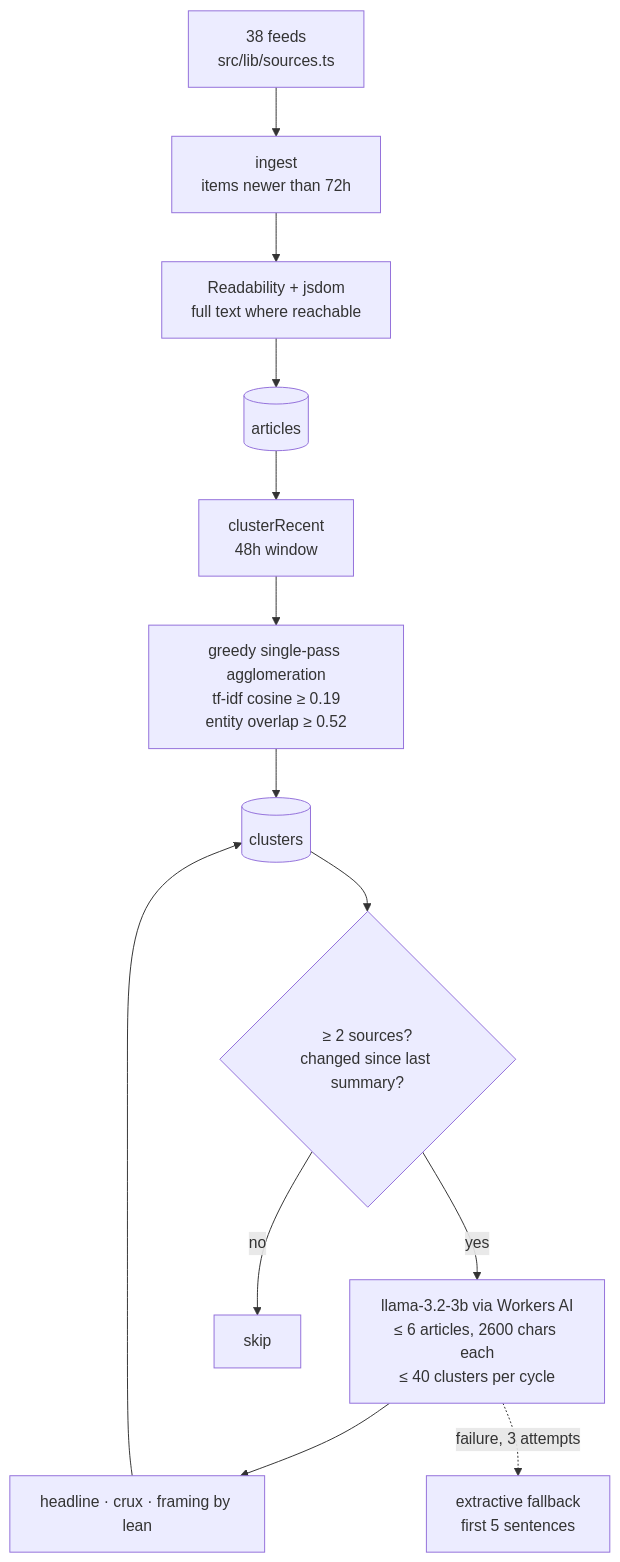
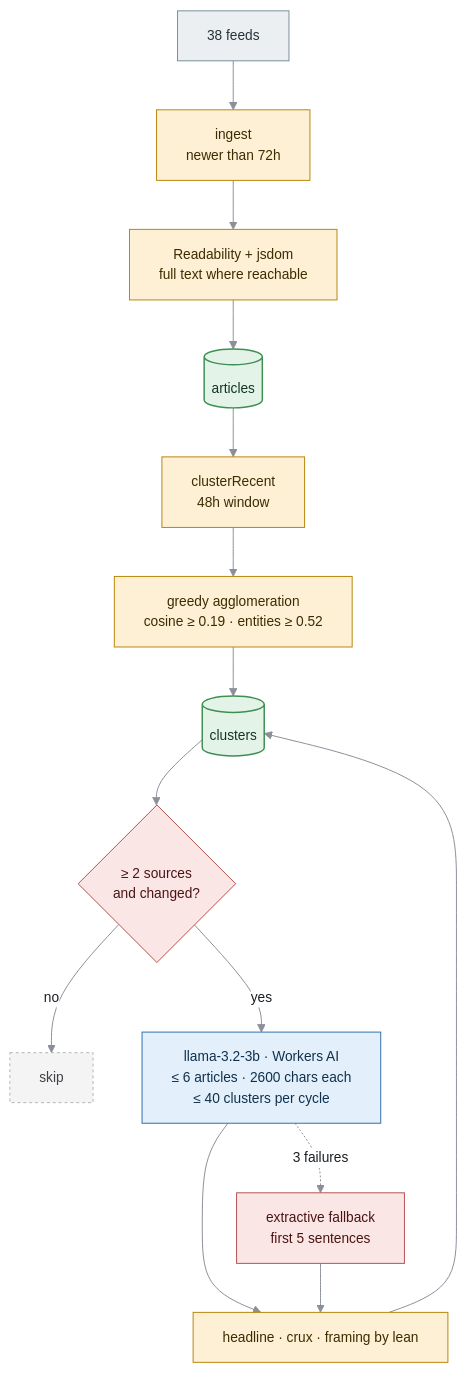
One commit to nvkudva/Smart-News changed the third of 5 diagrams in ARCHITECTURE.md. Above: the diagram before and after it, drawn with Mermaid. The commit also changed other lines of this file, not shown here.

First line of the commit message:
Give the diagrams a palette that survives both GitHub themes

````diff
--- a/ARCHITECTURE.md
+++ b/ARCHITECTURE.md
@@ -61,15 +73,24 @@
 ```mermaid
-flowchart TD
-  F[38 feeds<br/>src/lib/sources.ts] --> I[ingest<br/>items newer than 72h]
-  I --> R[Readability + jsdom<br/>full text where reachable]
-  R --> AR[(articles)]
-  AR --> CL[clusterRecent<br/>48h window]
-  CL --> G[greedy single-pass agglomeration<br/>tf-idf cosine ≥ 0.19<br/>entity overlap ≥ 0.52]
-  G --> CS[(clusters)]
-  CS --> SU{≥ 2 sources?<br/>changed since last summary?}
-  SU -->|yes| LLM[llama-3.2-3b via Workers AI<br/>≤ 6 articles, 2600 chars each<br/>≤ 40 clusters per cycle]
-  SU -->|no| SK[skip]
-  LLM --> OUT[headline · crux · framing by lean]
-  LLM -.->|failure, 3 attempts| EX[extractive fallback<br/>first 5 sentences]
+%%{init: {'theme':'base','themeVariables':{'fontFamily':'ui-sans-serif, system-ui, sans-serif','fontSize':'14px','lineColor':'#8a8f98','primaryTextColor':'#1b1f23','edgeLabelBackground':'#ffffff'}}}%%
+flowchart TB
+  F[38 feeds]:::ext --> I[ingest<br/>newer than 72h]:::runner
+  I --> R[Readability + jsdom<br/>full text where reachable]:::runner
+  R --> AR[(articles)]:::store
+  AR --> CL[clusterRecent<br/>48h window]:::runner
+  CL --> G[greedy agglomeration<br/>cosine ≥ 0.19 · entities ≥ 0.52]:::runner
+  G --> CS[(clusters)]:::store
+  CS --> SU{≥ 2 sources<br/>and changed?}:::gate
+  SU -->|no| SK[skip]:::scratch
+  SU -->|yes| LLM[llama-3.2-3b · Workers AI<br/>≤ 6 articles · 2600 chars each<br/>≤ 40 clusters per cycle]:::cloud
+  LLM --> OUT[headline · crux · framing by lean]:::runner
+  LLM -.->|3 failures| EX[extractive fallback<br/>first 5 sentences]:::gate
+  EX --> OUT
   OUT --> CS
+
+  classDef ext fill:#eceff1,stroke:#78909c,color:#263238
+  classDef runner fill:#fdf0d5,stroke:#b8860b,color:#3d2c00
+  classDef cloud fill:#e3f0fb,stroke:#2c6fad,color:#10314d
+  classDef store fill:#e4f3e7,stroke:#3f8f52,stroke-width:1.5px,color:#14361f
+  classDef gate fill:#fbe6e6,stroke:#b5504f,color:#4a1414
+  classDef scratch fill:#f4f4f5,stroke:#b0b4ba,color:#3f4145,stroke-dasharray:3 3
 ```
````
